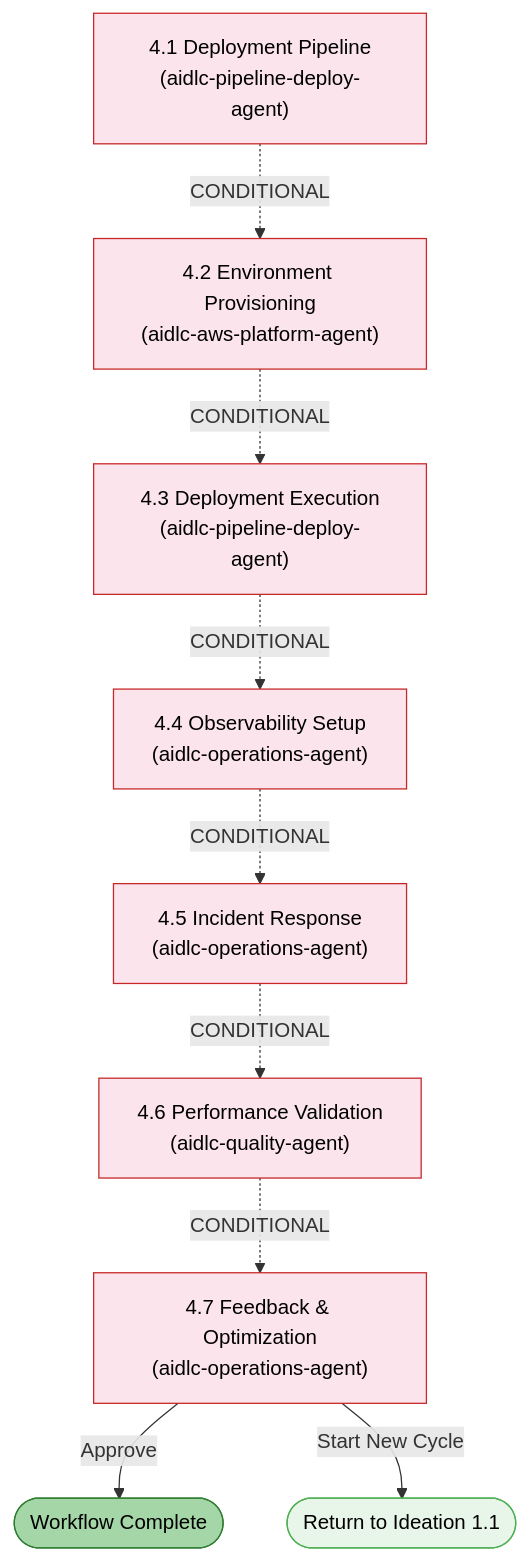
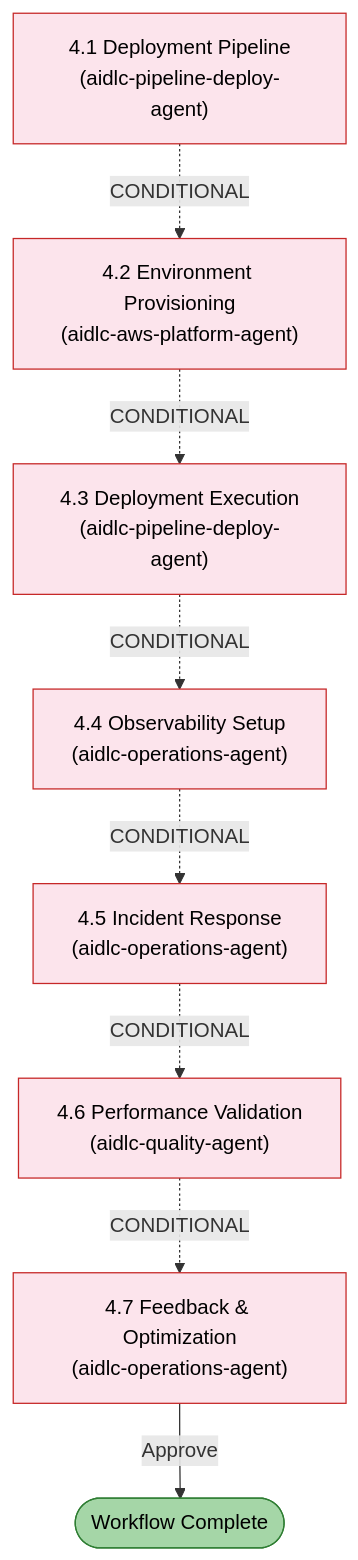
One commit to awslabs/aidlc-workflows changed the sixth of 6 diagrams in docs/guide/04-phases-and-stages.md. Above: the diagram before and after it, drawn with Mermaid. The commit also changed other lines of this file and 19 other files, not shown here.

````diff
--- a/docs/guide/04-phases-and-stages.md
+++ b/docs/guide/04-phases-and-stages.md
@@ -413,30 +413,28 @@
 ```mermaid
 flowchart TD
     S41["4.1 Deployment Pipeline\n(aidlc-pipeline-deploy-agent)"]
     S42["4.2 Environment Provisioning\n(aidlc-aws-platform-agent)"]
     S43["4.3 Deployment Execution\n(aidlc-pipeline-deploy-agent)"]
     S44["4.4 Observability Setup\n(aidlc-operations-agent)"]
     S45["4.5 Incident Response\n(aidlc-operations-agent)"]
     S46["4.6 Performance Validation\n(aidlc-quality-agent)"]
     S47["4.7 Feedback & Optimization\n(aidlc-operations-agent)"]
 
     S41 -.->|CONDITIONAL| S42
     S42 -.->|CONDITIONAL| S43
     S43 -.->|CONDITIONAL| S44
     S44 -.->|CONDITIONAL| S45
     S45 -.->|CONDITIONAL| S46
     S46 -.->|CONDITIONAL| S47
 
     S47 -->|"Approve"| DONE(["Workflow Complete"])
-    S47 -->|"Start New Cycle"| IDEATION(["Return to Ideation 1.1"])
 
     style S41 fill:#fce4ec,stroke:#c62828,color:#000
     style S42 fill:#fce4ec,stroke:#c62828,color:#000
     style S43 fill:#fce4ec,stroke:#c62828,color:#000
     style S44 fill:#fce4ec,stroke:#c62828,color:#000
     style S45 fill:#fce4ec,stroke:#c62828,color:#000
     style S46 fill:#fce4ec,stroke:#c62828,color:#000
     style S47 fill:#fce4ec,stroke:#c62828,color:#000
     style DONE fill:#a5d6a7,stroke:#2e7d32,color:#000
-    style IDEATION fill:#e8f5e9,stroke:#4caf50,color:#000
 ```
````
